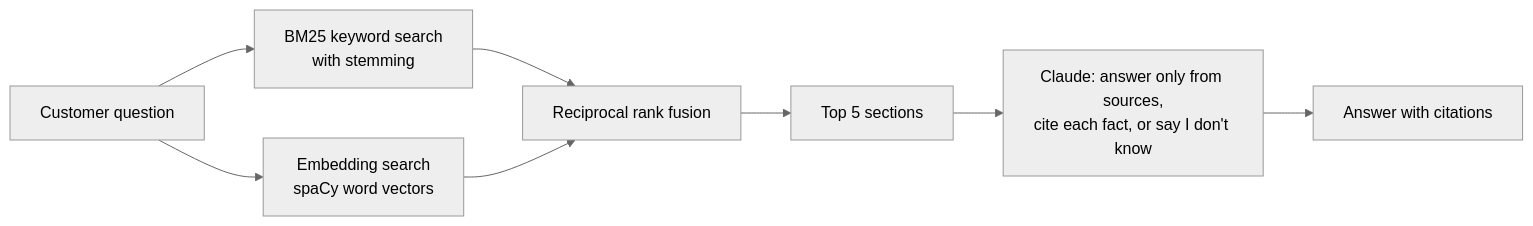
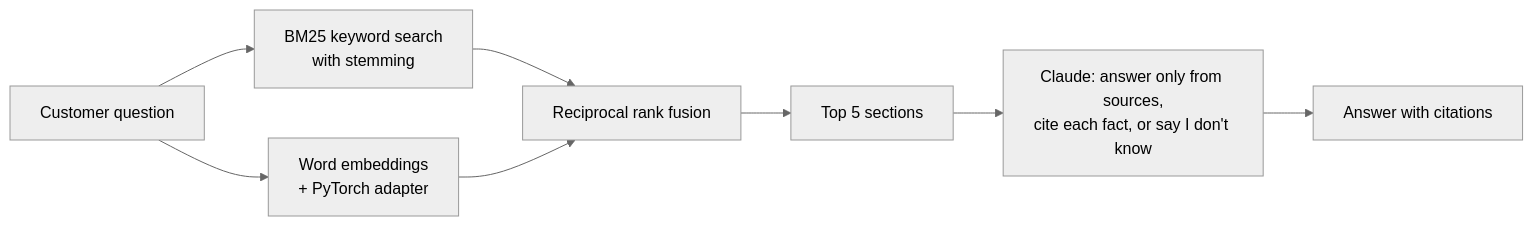
The diagram in README.md (Spencer695/ask-the-shop), drawn with Mermaid (neutral theme) before and after one commit. The commit also changed other lines of this file and 7 other files, not shown here.

First line of the commit message:
Fine-tune embeddings with a PyTorch adapter

````diff
--- a/README.md
+++ b/README.md
@@ -15,10 +15,10 @@
 ```mermaid
 flowchart LR
     Q[Customer question] --> B[BM25 keyword search<br>with stemming]
-    Q --> E[Embedding search<br>spaCy word vectors]
+    Q --> E[Word embeddings<br>+ PyTorch adapter]
     B --> F[Reciprocal rank fusion]
     E --> F
     F --> T[Top 5 sections]
     T --> C[Claude: answer only from sources,<br>cite each fact, or say I don't know]
     C --> A[Answer with citations]
 ```
````
